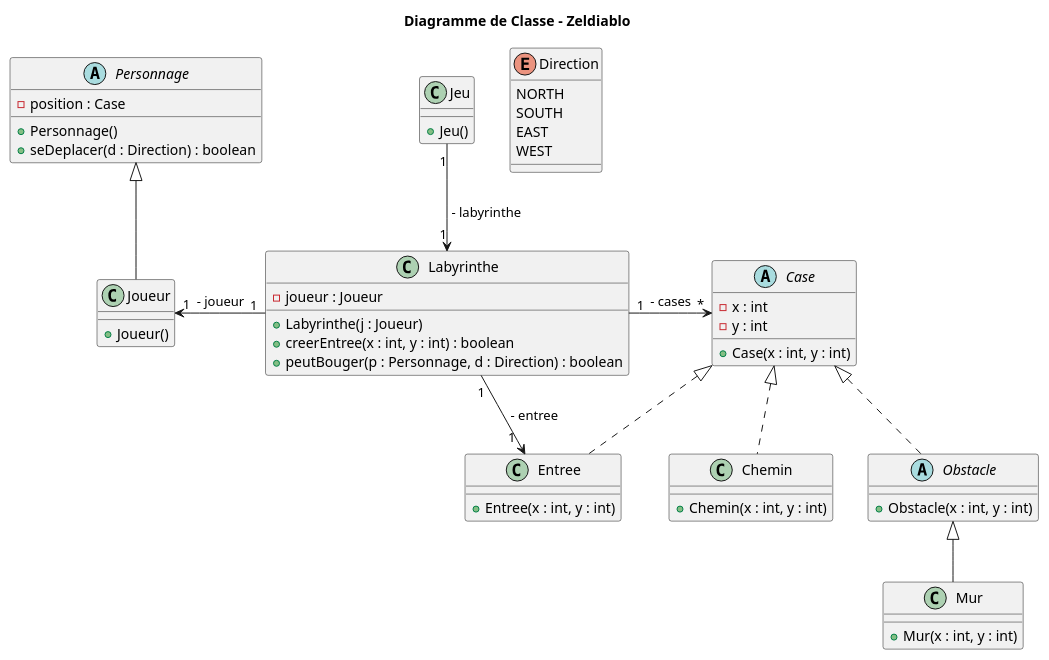
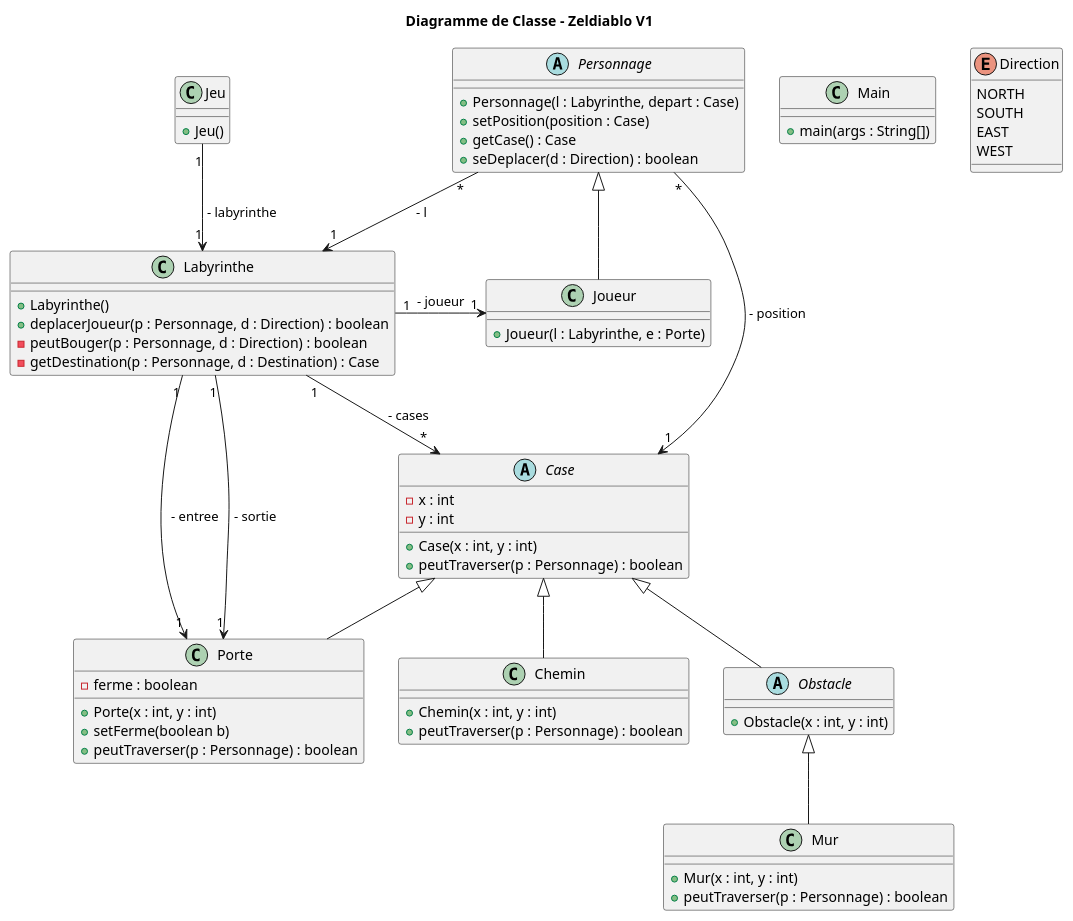
One commit to arnoux23u-IUTNC/2021_COO_Zeldiablo changed the diagram in documents/version_1/diagrammes/classe/diagClasse.puml. Above: the diagram before and after it, drawn with PlantUML.

```diff
--- a/documents/version_1/diagrammes/classe/diagClasse.puml
+++ b/documents/version_1/diagrammes/classe/diagClasse.puml
@@ -1,61 +1,74 @@
 @startuml
 
-title Diagramme de Classe - Zeldiablo
+title Diagramme de Classe - Zeldiablo V1
 
 class Jeu{
     + Jeu()
 }
 
 abstract class Personnage{
-    - position : Case
-    + Personnage()
+    + Personnage(l : Labyrinthe, depart : Case)
+    + setPosition(position : Case)
+    + getCase() : Case
     + seDeplacer(d : Direction) : boolean
 }
 
 class Labyrinthe{
-    - joueur : Joueur
-    + Labyrinthe(j : Joueur)
-    + creerEntree(x : int, y : int) : boolean
-    + peutBouger(p : Personnage, d : Direction) : boolean
+    + Labyrinthe()
+    + deplacerJoueur(p : Personnage, d : Direction) : boolean
+    - peutBouger(p : Personnage, d : Direction) : boolean
+    - getDestination(p : Personnage, d : Destination) : Case
+}
+
+class Main{
+    +main(args : String[])
 }
 
 abstract class Case{
     - x : int
     - y : int
     + Case(x : int, y : int)
+    + peutTraverser(p : Personnage) : boolean
 }
 
-class Chemin implements Case{
+class Chemin extends Case{
     + Chemin(x : int, y : int)
+    + peutTraverser(p : Personnage) : boolean
 }
 
-abstract class Obstacle implements Case{
+abstract class Obstacle extends Case{
     + Obstacle(x : int, y : int)
 }
 
 class Mur extends Obstacle{
     + Mur(x : int, y : int)
+    + peutTraverser(p : Personnage) : boolean
 }
 
-class Entree implements Case{
-
-    + Entree(x : int, y : int)
+class Porte extends Case{
+    - ferme : boolean
+    + Porte(x : int, y : int)
+    + setFerme(boolean b)
+    + peutTraverser(p : Personnage) : boolean
 }
 
 class Joueur extends Personnage{
-    + Joueur()
+    + Joueur(l : Labyrinthe, e : Porte)
 }
 
 enum Direction{
     NORTH
     SOUTH
     EAST
     WEST
 }
 
-Jeu "1" -down-> "1" Labyrinthe: " - labyrinthe"
-Labyrinthe "1" -down-> "                1" Entree: " - entree "
-Labyrinthe "1" -right-> "*" Case: " - cases "
+Jeu "1" --> "1" Labyrinthe: " - labyrinthe"
+Labyrinthe "1" --> "1" Porte: " - entree "
+Labyrinthe "1" --> "1" Porte: " - sortie "
+Labyrinthe "1" --> "*" Case: " - cases "
+Personnage "*" --> "1" Case: " - position "
+Personnage "*" --> "1" Labyrinthe: " - l "
 Labyrinthe "1" -left-> "1" Joueur: " - joueur "
 
 @enduml
```
